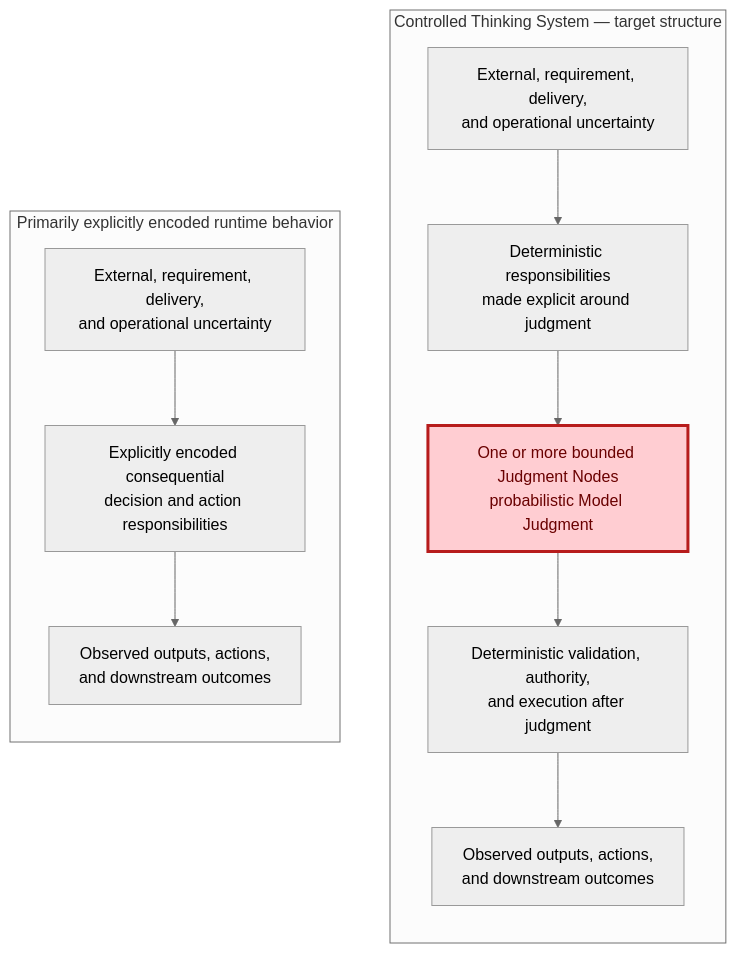
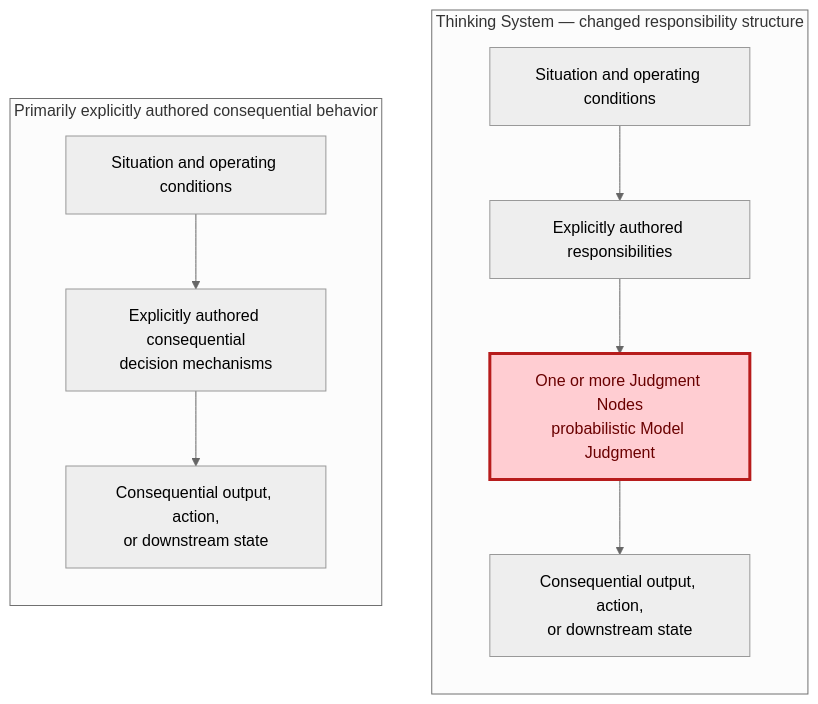
Before and after one commit to UncertaintyArchitectureGroup/uncertainty-architecture: the third of 14 diagrams in content/research/notes/open-engineering-specification-article-draft.md, drawn with Mermaid (neutral theme). The commit also changed other lines of this file, not shown here.

Commit message:
docs(research): tighten controlled-object deduction

````diff
--- a/content/research/notes/open-engineering-specification-article-draft.md
+++ b/content/research/notes/open-engineering-specification-article-draft.md
@@ -201,26 +201,24 @@
 ```mermaid
 flowchart LR
-    subgraph A["Primarily explicitly encoded runtime behavior"]
+    subgraph A["Primarily explicitly authored consequential behavior"]
         direction TB
-        A1["External, requirement, delivery,<br/>and operational uncertainty"]
-        A2["Explicitly encoded consequential<br/>decision and action responsibilities"]
-        A3["Observed outputs, actions,<br/>and downstream outcomes"]
+        A1["Situation and operating conditions"]
+        A2["Explicitly authored consequential<br/>decision mechanisms"]
+        A3["Consequential output, action,<br/>or downstream state"]
         A1 --> A2 --> A3
     end
 
-    subgraph B["Controlled Thinking System — target structure"]
+    subgraph B["Thinking System — changed responsibility structure"]
         direction TB
-        B1["External, requirement, delivery,<br/>and operational uncertainty"]
-        B2["Deterministic responsibilities<br/>made explicit around judgment"]
-        J1["One or more bounded Judgment Nodes<br/>probabilistic Model Judgment"]
-        B3["Deterministic validation, authority,<br/>and execution after judgment"]
-        B4["Observed outputs, actions,<br/>and downstream outcomes"]
-        B1 --> B2 --> J1 --> B3 --> B4
+        B1["Situation and operating conditions"]
+        B2["Explicitly authored responsibilities"]
+        J1["One or more Judgment Nodes<br/>probabilistic Model Judgment"]
+        B3["Consequential output, action,<br/>or downstream state"]
+        B1 --> B2 --> J1 --> B3
     end
 
     A2 ~~~ J1
 
-    classDef changed fill:#ffebee,stroke:#c62828,stroke-width:2px,color:#7f0000;
     classDef judgment fill:#ffcdd2,stroke:#b71c1c,stroke-width:3px,color:#6a0000;
     class J1 judgment;
 ```
````
